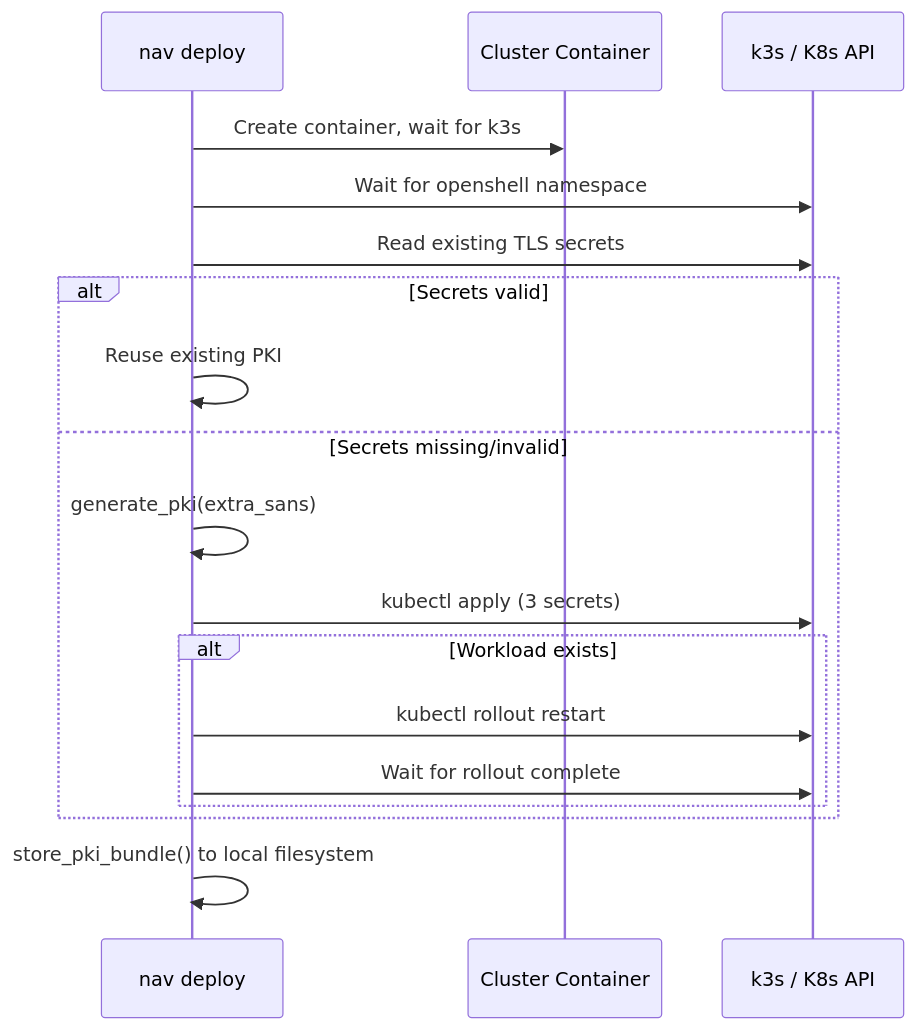
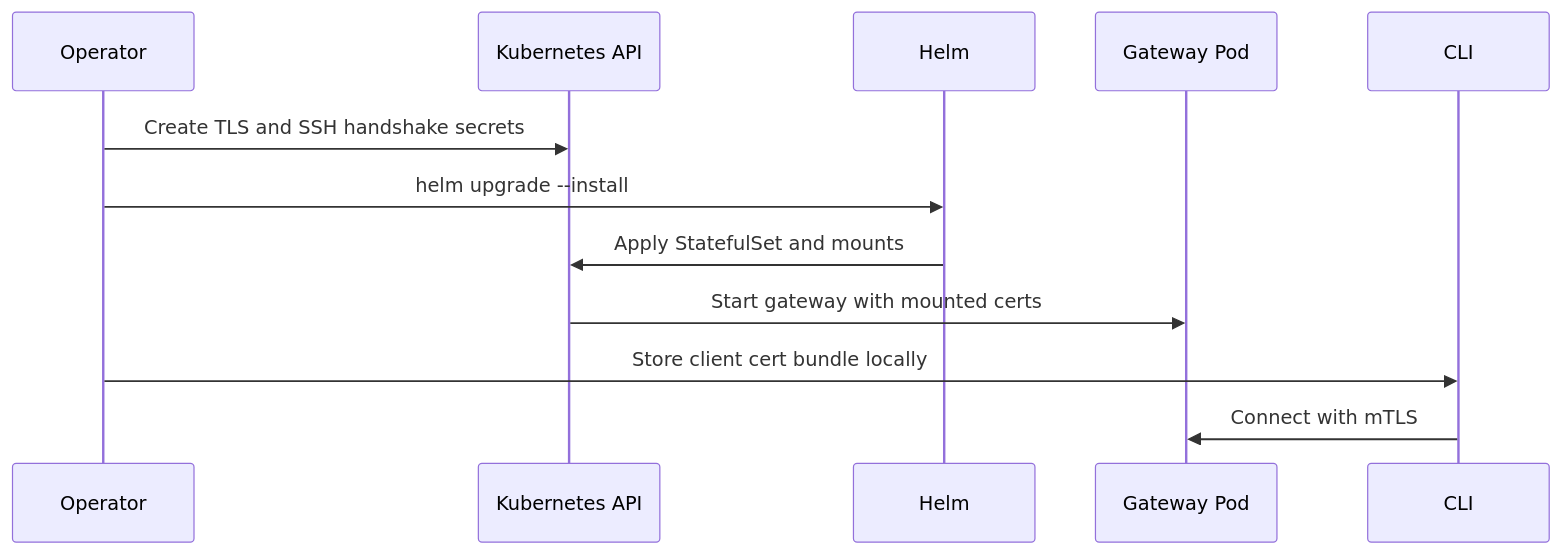
The second of 3 diagrams in architecture/gateway-security.md (st-gr/OpenShell), drawn with Mermaid before and after one commit. The commit also changed other lines of this file and 41 other files, not shown here.

Commit message:
docs: update gateway deployment architecture (#1108)

````diff
--- a/architecture/gateway-security.md
+++ b/architecture/gateway-security.md
@@ -146,21 +140,15 @@
 ```mermaid
 sequenceDiagram
-    participant CLI as nav deploy
-    participant Docker as Cluster Container
-    participant K8s as k3s / K8s API
+    participant O as Operator
+    participant K8s as Kubernetes API
+    participant Helm as Helm
+    participant GW as Gateway Pod
+    participant CLI as CLI
 
-    CLI->>Docker: Create container, wait for k3s
-    CLI->>K8s: Wait for openshell namespace
-    CLI->>K8s: Read existing TLS secrets
-    alt Secrets valid
-        CLI->>CLI: Reuse existing PKI
-    else Secrets missing/invalid
-        CLI->>CLI: generate_pki(extra_sans)
-        CLI->>K8s: kubectl apply (3 secrets)
-        alt Workload exists
-            CLI->>K8s: kubectl rollout restart
-            CLI->>K8s: Wait for rollout complete
-        end
-    end
-    CLI->>CLI: store_pki_bundle() to local filesystem
+    O->>K8s: Create TLS and SSH handshake secrets
+    O->>Helm: helm upgrade --install
+    Helm->>K8s: Apply StatefulSet and mounts
+    K8s->>GW: Start gateway with mounted certs
+    O->>CLI: Store client cert bundle locally
+    CLI->>GW: Connect with mTLS
 ```
````
